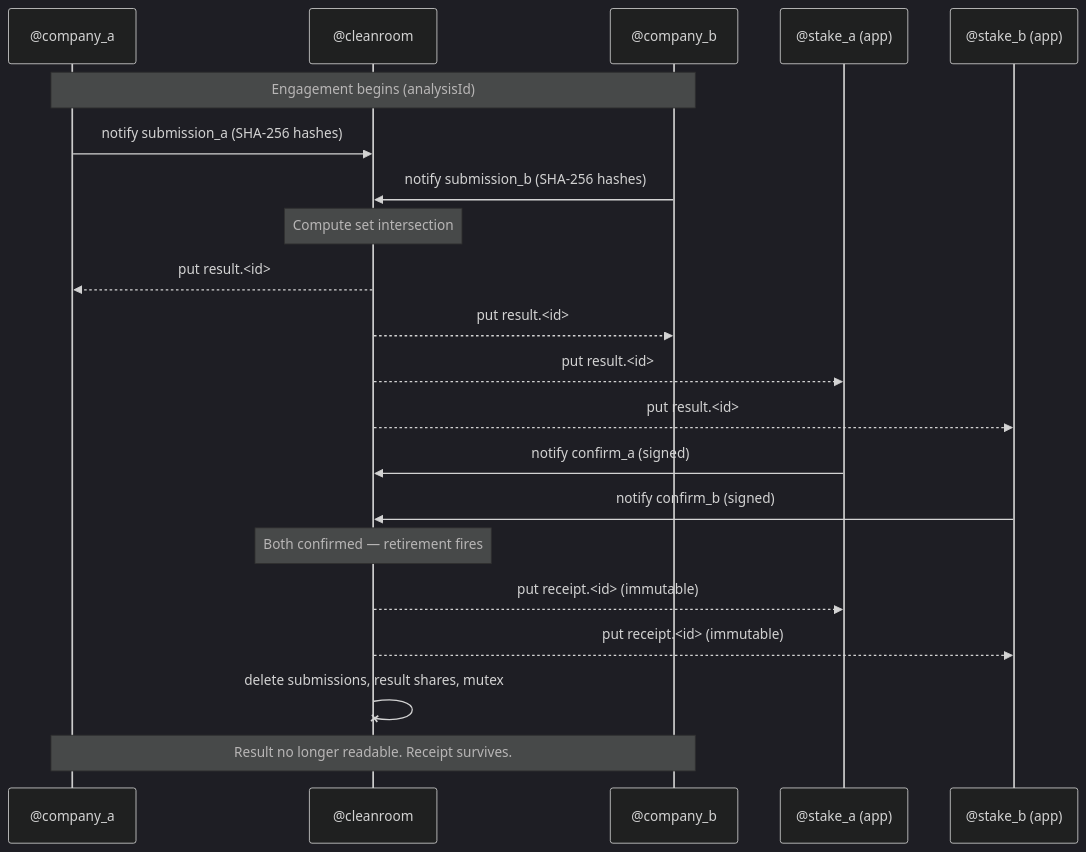
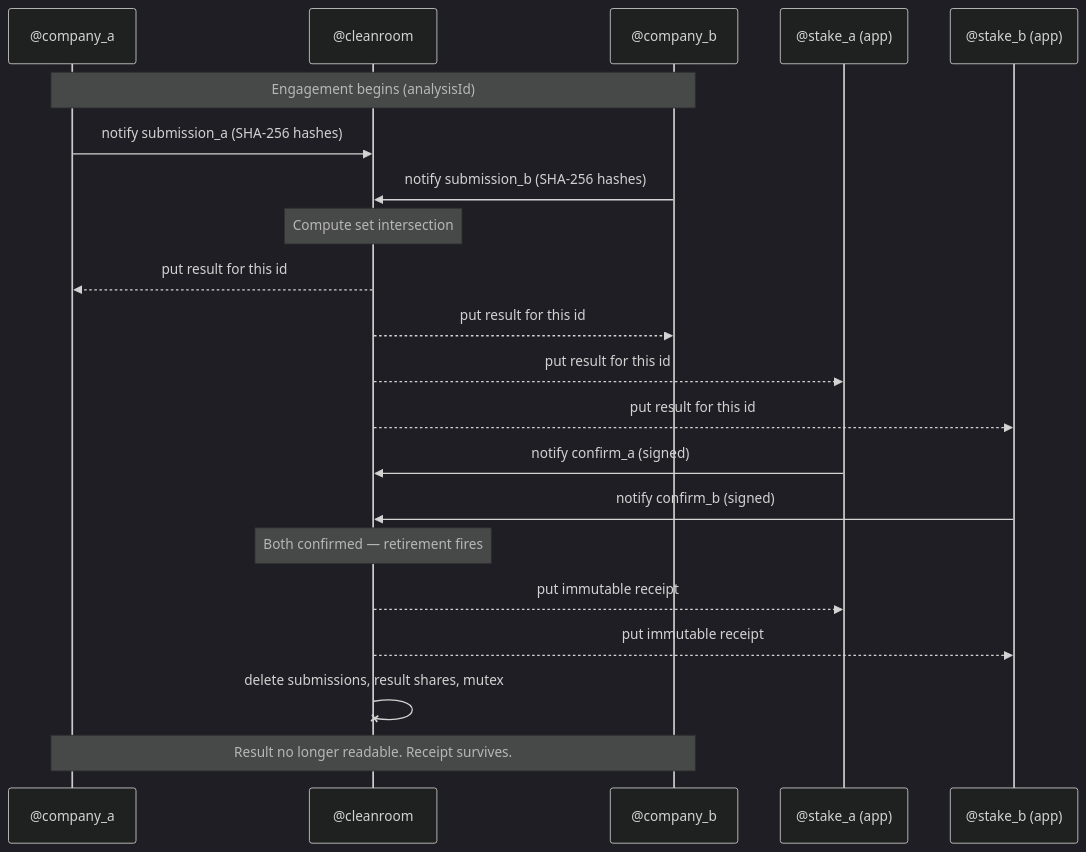
Before and after one commit to AquibAquil/Self-Expiring-Data-Clean-Room: the second of 7 diagrams in README.md, drawn with Mermaid (dark theme). The commit also changed other lines of this file, not shown here.

````diff
--- a/README.md
+++ b/README.md
@@ -119,24 +119,24 @@
 ```mermaid
 sequenceDiagram
   participant CA as @company_a
   participant CR as @cleanroom
   participant CB as @company_b
   participant SA as @stake_a (app)
   participant SB as @stake_b (app)
 
   Note over CA,CB: Engagement begins (analysisId)
   CA->>CR: notify submission_a (SHA-256 hashes)
   CB->>CR: notify submission_b (SHA-256 hashes)
   Note over CR: Compute set intersection
-  CR-->>CA: put result.<id>
-  CR-->>CB: put result.<id>
-  CR-->>SA: put result.<id>
-  CR-->>SB: put result.<id>
+  CR-->>CA: put result for this id
+  CR-->>CB: put result for this id
+  CR-->>SA: put result for this id
+  CR-->>SB: put result for this id
   SA->>CR: notify confirm_a (signed)
   SB->>CR: notify confirm_b (signed)
   Note over CR: Both confirmed — retirement fires
-  CR-->>SA: put receipt.<id> (immutable)
-  CR-->>SB: put receipt.<id> (immutable)
+  CR-->>SA: put immutable receipt
+  CR-->>SB: put immutable receipt
   CR-XCR: delete submissions, result shares, mutex
   Note over CA,CB: Result no longer readable. Receipt survives.
 ```
````
